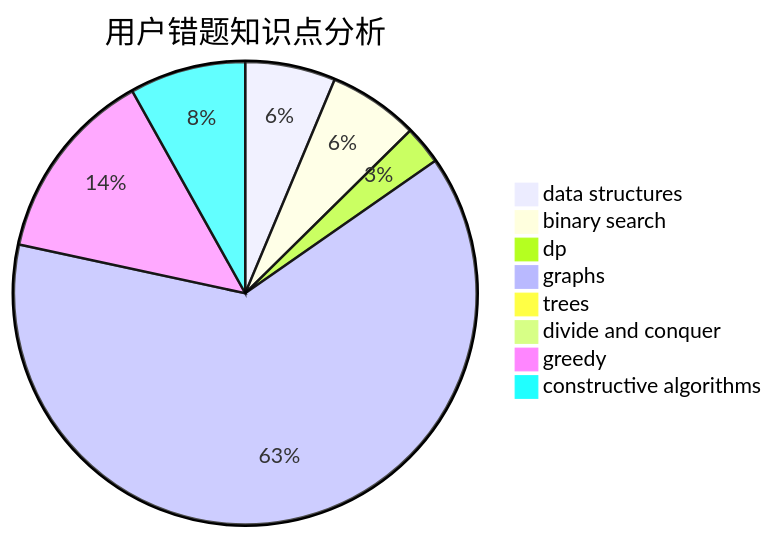
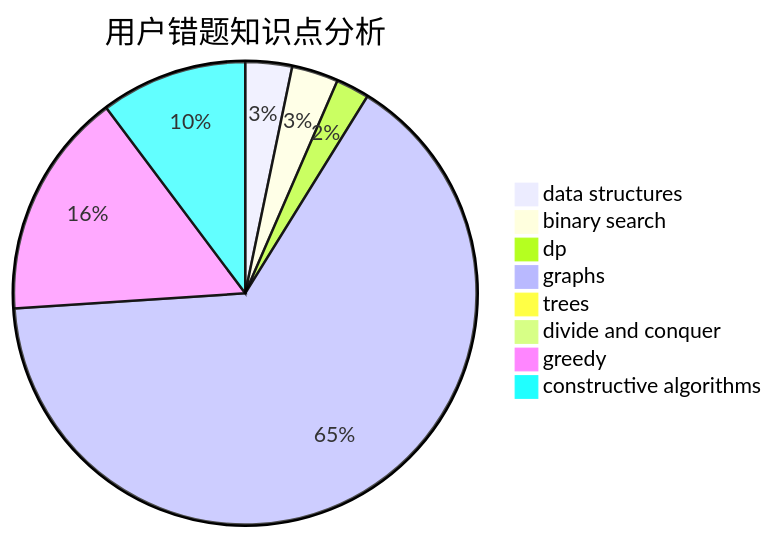
One commit to sherpahu/cfrs.github.io changed the third of 3 diagrams in docs/user/u283.md. Above: the diagram before and after it, drawn with Mermaid. The commit also changed other lines of this file and 2770 other files, not shown here.

````diff
--- a/docs/user/u283.md
+++ b/docs/user/u283.md
@@ -36,11 +36,11 @@
 ```mermaid
 pie title 用户错题知识点分析
     "data structures" :  7
     "binary search" :  7
-    "dp" :  3
-    "graphs" :  70
-    "trees" :  0
+    "dp" :  5
+    "graphs" :  140
+    "trees" :  2
     "divide and conquer" :  0
-    "greedy" :  15
-    "constructive algorithms" :  9
+    "greedy" :  34
+    "constructive algorithms" :  22
 ```
````
